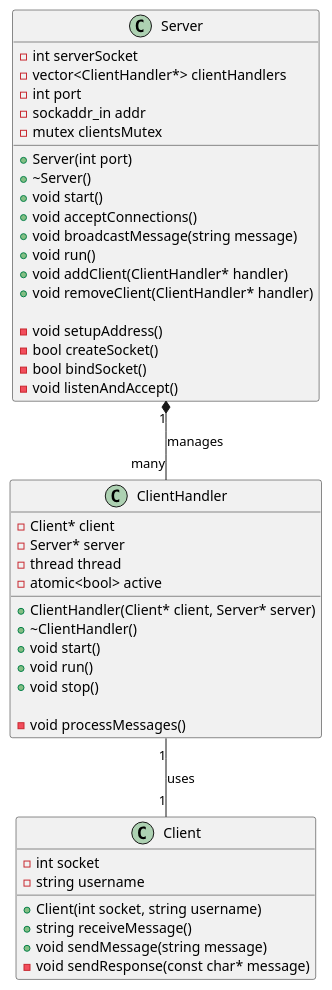
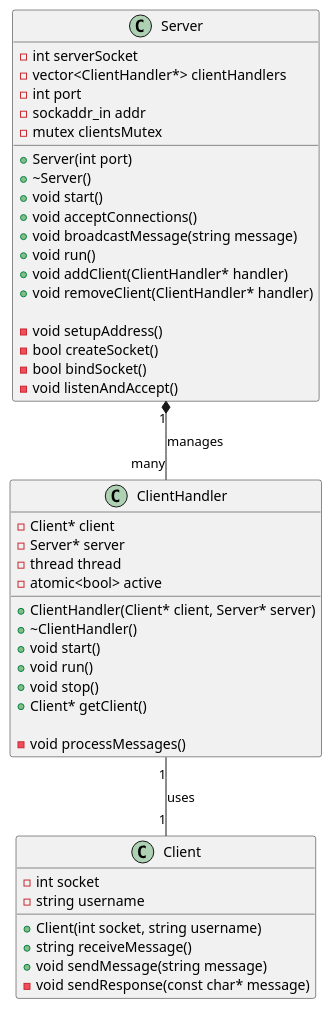
One commit to thelenlucas/370-Class-Project changed the diagram in modeling/serverdiagram.puml. Above: the diagram before and after it, drawn with PlantUML. The commit also changed 3 other files, not shown here.

```diff
--- a/modeling/serverdiagram.puml
+++ b/modeling/serverdiagram.puml
@@ -1,53 +1,54 @@
 @startuml Class Diagram
 
 class Server {
     - int serverSocket
     - vector<ClientHandler*> clientHandlers
     - int port
     - sockaddr_in addr
     - mutex clientsMutex
 
     + Server(int port)
     + ~Server()
     + void start()
     + void acceptConnections()
     + void broadcastMessage(string message)
     + void run()
     + void addClient(ClientHandler* handler)
     + void removeClient(ClientHandler* handler)
 
     - void setupAddress()
     - bool createSocket()
     - bool bindSocket()
     - void listenAndAccept()
 }
 
 class Client {
     - int socket
     - string username
 
     + Client(int socket, string username)
     + string receiveMessage()
     + void sendMessage(string message)
     - void sendResponse(const char* message)
 }
 
 class ClientHandler {
     - Client* client
     - Server* server
     - thread thread
     - atomic<bool> active
 
     + ClientHandler(Client* client, Server* server)
     + ~ClientHandler()
     + void start()
     + void run()
     + void stop()
+    + Client* getClient()
 
     - void processMessages()
 }
 
 Server "1" *-- "many" ClientHandler : manages
 ClientHandler "1" -- "1" Client : uses
 
 @enduml
```
